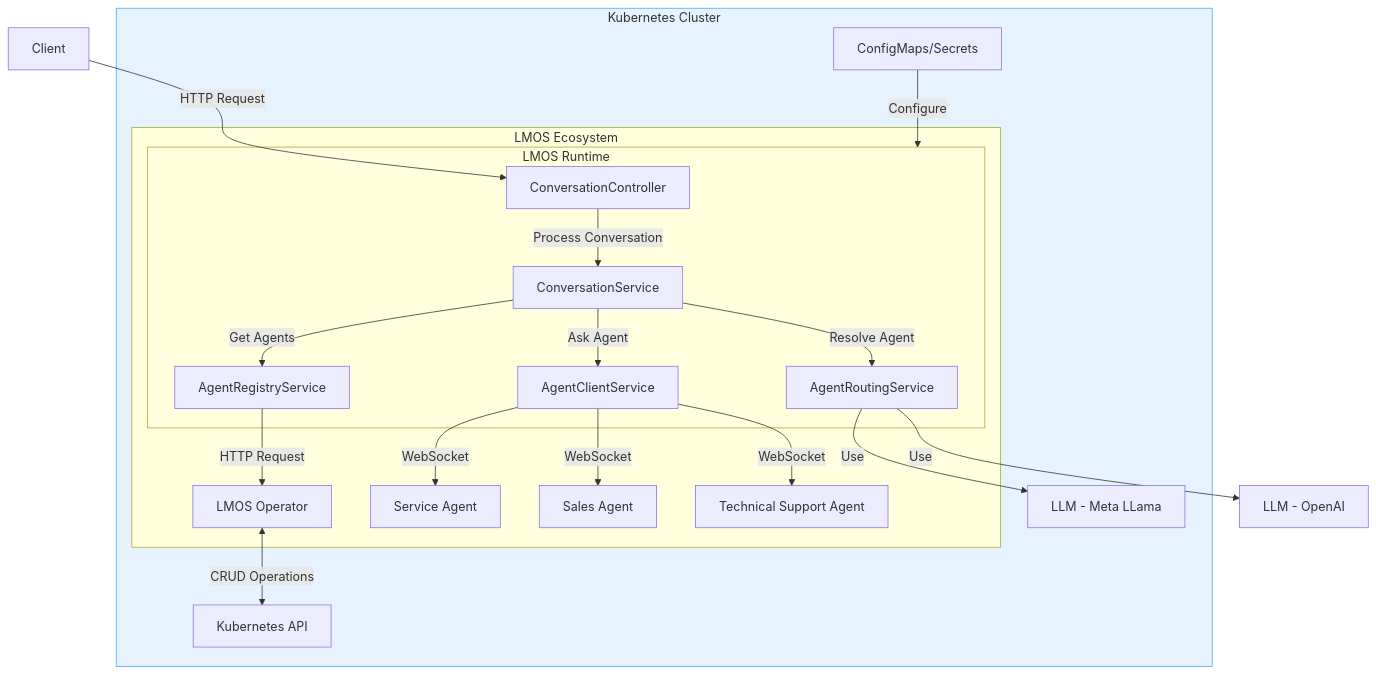
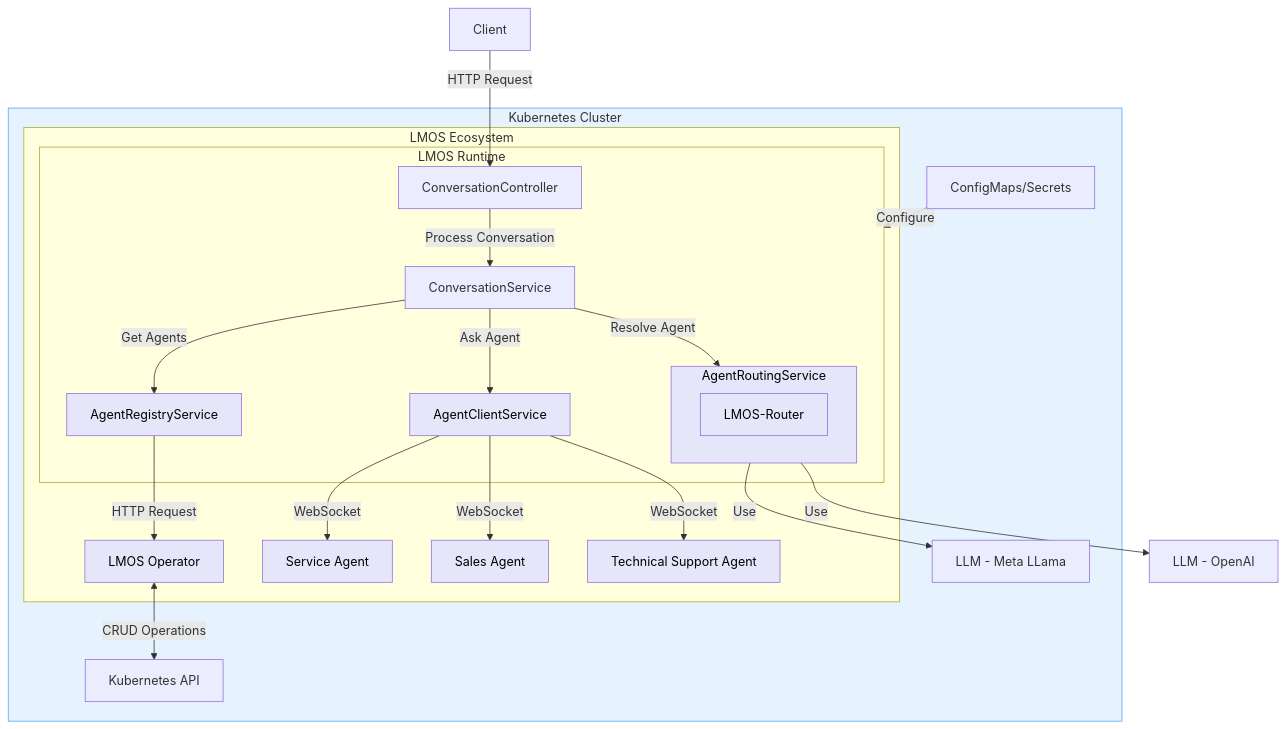
Before and after one commit to lmos-ai/lmos-runtime: the diagram in readme.md, drawn with Mermaid.

Commit message:
update readme
update readme

````diff
--- a/readme.md
+++ b/readme.md
@@ -21,36 +21,41 @@
 ```mermaid
 graph TD
     Client[Client] --> |HTTP Request| CC[ConversationController]
     subgraph Kubernetes[Kubernetes Cluster]
-
         subgraph LMOS_Ecosystem[LMOS Ecosystem]
             CC --> |Process Conversation| CS[ConversationService]
             CS --> |Get Agents| ARS[AgentRegistryService]
             CS --> |Resolve Agent| ARTS[AgentRoutingService]
             CS --> |Ask Agent| ACS[AgentClientService]
-
             ARS --> |HTTP Request| LO[LMOS Operator]
             ACS --> |WebSocket| Agent1[Service Agent]
             ACS --> |WebSocket| Agent2[Sales Agent]
             ACS --> |WebSocket| Agent3[Technical Support Agent]
-
             subgraph LMOS_Runtime[LMOS Runtime]
                 CC
                 CS
                 ARS
                 ARTS
                 ACS
             end
+            subgraph ARTS[AgentRoutingService]
+                LMOS_Router[LMOS-Router]
+            end
         end
-
         Config[ConfigMaps/Secrets]
         K8S_API[Kubernetes API]
         ARTS --> |Use| LLM_SelfHosted[LLM - Meta LLama]
     end
-
-    Config --> |Configure| LMOS_Runtime
+    Config ---> |Configure| LMOS_Runtime
     ARTS --> |Use| LLM_External[LLM - OpenAI]
     LO <--> |CRUD Operations| K8S_API
-
     style Kubernetes fill:#e6f3ff,stroke:#4da6ff
+    style ARS fill:#e6e6fa,stroke:#9370db,color:#000000
+    style ACS fill:#e6e6fa,stroke:#9370db,color:#000000
+    style ARTS fill:#e6e6fa,stroke:#9370db,color:#000000
+    style LMOS_Router fill:#e6e6fa,stroke:#9370db,color:#000000
+    style LO fill:#e6e6fa,stroke:#9370db,color:#000000
+    style Agent1 fill:#e6e6fa,stroke:#9370db,color:#000000
+    style Agent2 fill:#e6e6fa,stroke:#9370db,color:#000000
+    style Agent3 fill:#e6e6fa,stroke:#9370db,color:#000000
 ```
````
